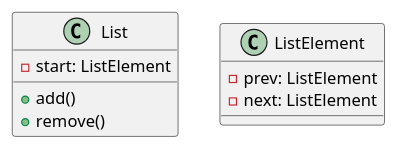
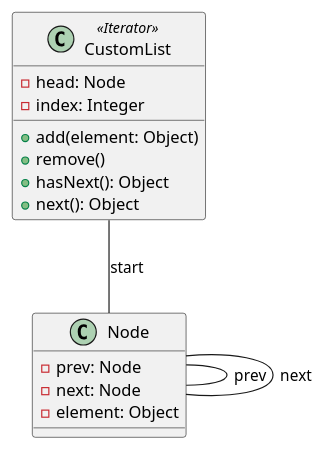
The diagram in doc/list-classdiagram.plantuml (hslu-students/ad-exercises), drawn with PlantUML before and after one commit. The commit also changed 2 other files, not shown here.

Commit message:
Add first list implementation

```diff
--- a/doc/list-classdiagram.plantuml
+++ b/doc/list-classdiagram.plantuml
@@ -1,14 +1,24 @@
 @startuml
 
-class List {
-  -start: ListElement
-  +add()
+' associations
+CustomList -- Node: start
+Node -- Node: prev
+Node -- Node: next
+
+' class definitions
+class CustomList <<Iterator>> {
+  -head: Node
+  -index: Integer
+  +add(element: Object)
   +remove()
+  +hasNext(): Object
+  +next(): Object
 }
 
-class ListElement {
-  -prev: ListElement
-  -next: ListElement
+class Node {
+  -prev: Node
+  -next: Node
+  -element: Object
 }
 
 @enduml
```
